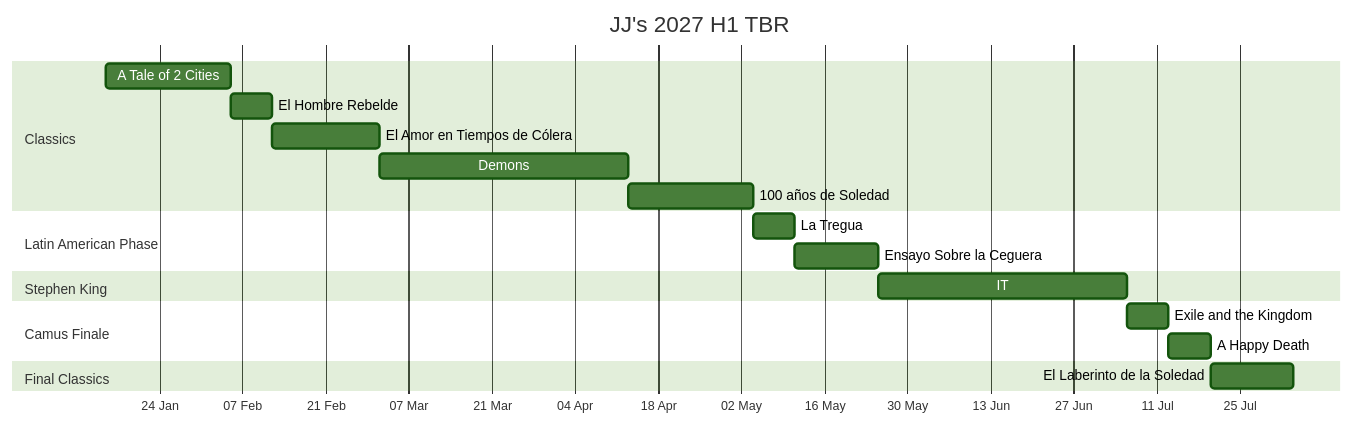
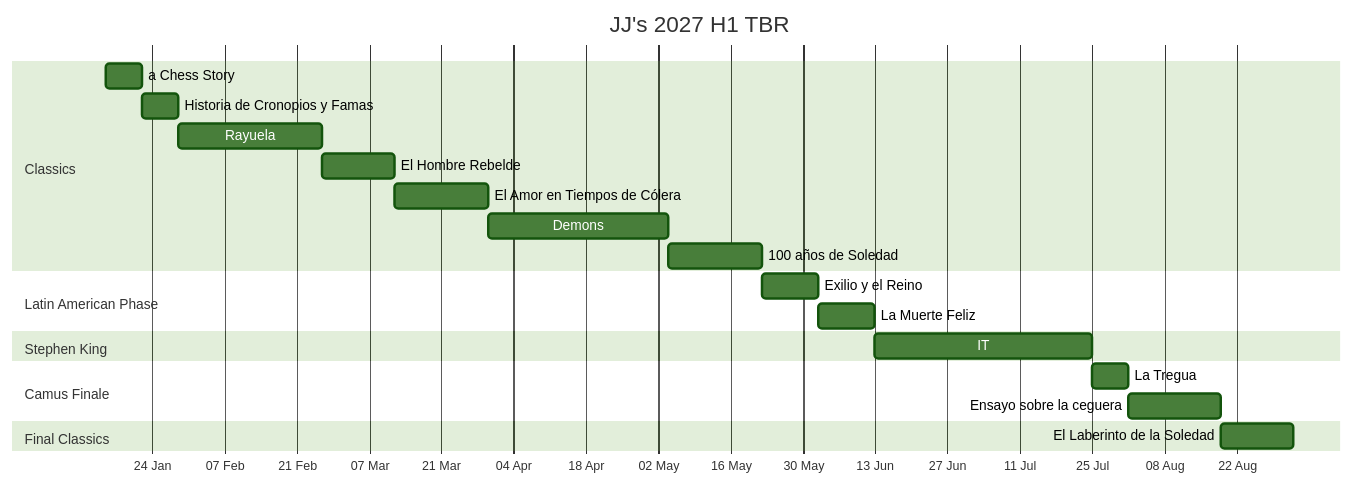
Before and after one commit to jjgo1007/jj_tbr: the diagram in tbr_jj_2027.mmd, drawn with Mermaid (forest theme).

Commit message:
Se reordena 2027

```diff
--- a/tbr_jj_2027.mmd
+++ b/tbr_jj_2027.mmd
@@ -1,26 +1,28 @@
 gantt
     title JJ's 2027 H1 TBR
     dateFormat YYYY-MM-DD
     axisFormat %d %b
     tickInterval 2week
 
     section Classics
-    A Tale of 2 Cities            :a11, "2027-01-15", 3w
-    El Hombre Rebelde            :a12, after a11, 1w
-    El Amor en Tiempos de Cólera  :a13, after a12, 2.5w
-    Demons                        :a14, after a13, 6w
-    100 años de Soledad             :a15, after a14, 3w
+    a Chess Story            :a11, "2027-01-15", 1w
+    Historia de Cronopios y Famas :a12, after a11, 1w
+    Rayuela                       :a13, after a12, 4w
+    El Hombre Rebelde            :a14, after a13, 2w
+    El Amor en Tiempos de Cólera  :a15, after a14, 2.5w
+    Demons                        :a16, after a15, 5w
+    100 años de Soledad             :a17, after a16, 2.5w
 
     section Latin American Phase
-    La Tregua                     :a16, after a15, 1w
-    Ensayo Sobre la Ceguera       :a17, after a16, 2w
+    Exilio y el Reino :a18, after a17, 1.5w
+    La Muerte Feliz       :a19, after a18, 1.5w
 
     section Stephen King
-    IT                           :a20, after a17, 6w
+    IT                           :a20, after a19, 6w
 
     section Camus Finale
-    Exile and the Kingdom         :a18, after a20, 1w
-    A Happy Death                 :a19, after a18, 1w
+    La Tregua         :a21, after a20, 1w
+    Ensayo sobre la ceguera :a22, after a21, 2.5w
 
     section Final Classics
-    El Laberinto de la Soledad    :a21, after a19, 2w
+    El Laberinto de la Soledad    :a23, after a22, 2w
```
